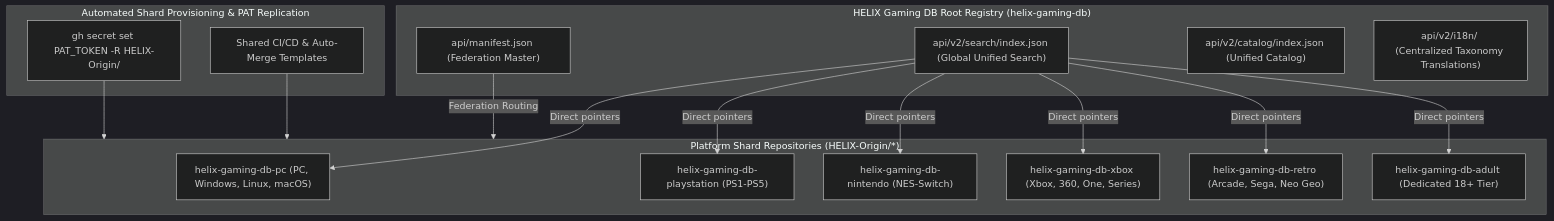
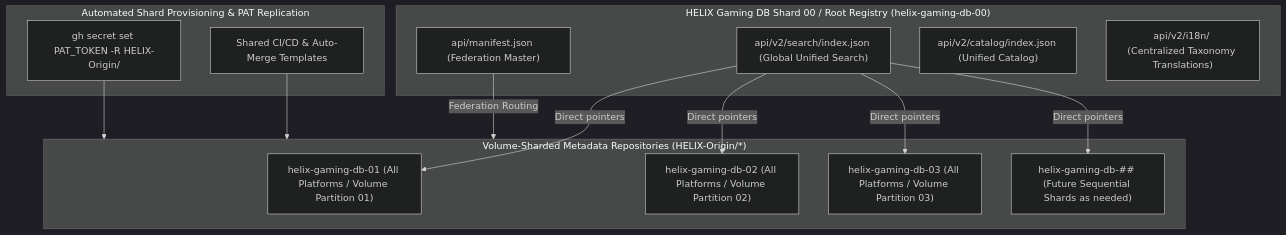
Before and after one commit to HELIX-Origin/agents: the second of 2 diagrams in .agents/skills/helix-gaming-db-expansion.md, drawn with Mermaid (dark theme). The commit also changed other lines of this file and 5 other files, not shown here.

Commit message:
chore(ecosystem): register helix-gaming-db-00 through 03 and dedicated docs repo

````diff
--- a/.agents/skills/helix-gaming-db-expansion.md
+++ b/.agents/skills/helix-gaming-db-expansion.md
@@ -184,33 +184,29 @@
 ```mermaid
 flowchart TD
-    subgraph RootRegistry["HELIX Gaming DB Root Registry (helix-gaming-db)"]
+    subgraph RootRegistry["HELIX Gaming DB Shard 00 / Root Registry (helix-gaming-db-00)"]
         Manifest["api/manifest.json (Federation Master)"]
         UnifiedIndex["api/v2/search/index.json (Global Unified Search)"]
         Catalog["api/v2/catalog/index.json (Unified Catalog)"]
         Locales["api/v2/i18n/ (Centralized Taxonomy Translations)"]
     end
 
-    subgraph Shards["Platform Shard Repositories (HELIX-Origin/*)"]
-        PC["helix-gaming-db-pc (PC, Windows, Linux, macOS)"]
-        PS["helix-gaming-db-playstation (PS1-PS5)"]
-        Nin["helix-gaming-db-nintendo (NES-Switch)"]
-        Xbx["helix-gaming-db-xbox (Xbox, 360, One, Series)"]
-        Retro["helix-gaming-db-retro (Arcade, Sega, Neo Geo)"]
-        Adult["helix-gaming-db-adult (Dedicated 18+ Tier)"]
+    subgraph Shards["Volume-Sharded Metadata Repositories (HELIX-Origin/*)"]
+        DB01["helix-gaming-db-01 (All Platforms / Volume Partition 01)"]
+        DB02["helix-gaming-db-02 (All Platforms / Volume Partition 02)"]
+        DB03["helix-gaming-db-03 (All Platforms / Volume Partition 03)"]
+        DBXX["helix-gaming-db-## (Future Sequential Shards as needed)"]
     end
 
     subgraph Automation["Automated Shard Provisioning & PAT Replication"]
         PAT["gh secret set PAT_TOKEN -R HELIX-Origin/<shard-repo>"]
         Workflows["Shared CI/CD & Auto-Merge Templates"]
     end
 
     Manifest -->|Federation Routing| Shards
-    UnifiedIndex -->|Direct pointers| PC
-    UnifiedIndex -->|Direct pointers| PS
-    UnifiedIndex -->|Direct pointers| Nin
-    UnifiedIndex -->|Direct pointers| Xbx
-    UnifiedIndex -->|Direct pointers| Retro
-    UnifiedIndex -->|Direct pointers| Adult
+    UnifiedIndex -->|Direct pointers| DB01
+    UnifiedIndex -->|Direct pointers| DB02
+    UnifiedIndex -->|Direct pointers| DB03
+    UnifiedIndex -->|Direct pointers| DBXX
     PAT --> Shards
     Workflows --> Shards
 ```
````
